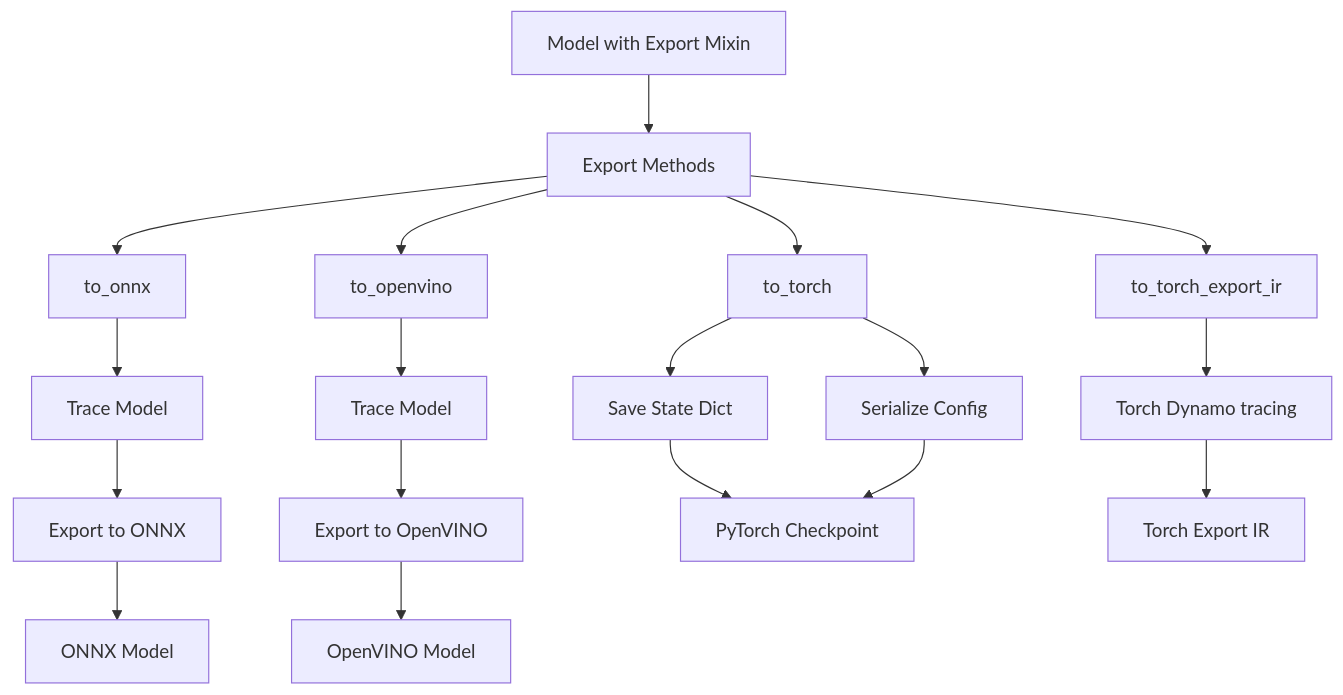
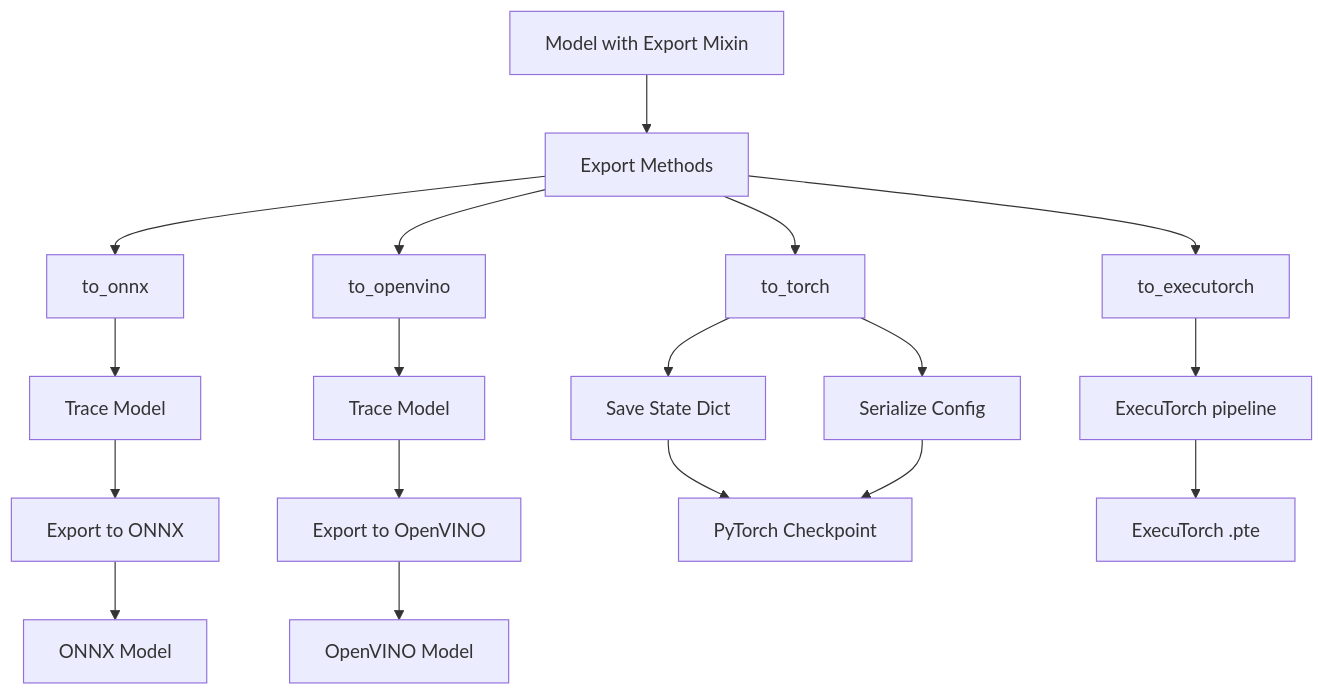
One commit to open-edge-platform/physical-ai-studio changed the diagram in library/docs/explanation/export/README.md. Above: the diagram before and after it, drawn with Mermaid. The commit also changed other lines of this file and 19 other files, not shown here.

First line of the commit message:
refactor: remove TORCH_EXPORT_IR export backend

````diff
--- a/library/docs/explanation/export/README.md
+++ b/library/docs/explanation/export/README.md
@@ -32,28 +32,27 @@
 ```mermaid
 graph TB
     A[Model with Export Mixin] --> B[Export Methods]
     B --> C[to_torch]
     B --> D[to_onnx]
     B --> P[to_openvino]
+    B --> Q[to_executorch]
 
     C --> E[Save State Dict]
     C --> F[Serialize Config]
 
     D --> G[Trace Model]
     G --> H[Export to ONNX]
 
     P --> S[Trace Model]
     S --> M[Export to OpenVINO]
 
     E --> I[PyTorch Checkpoint]
     F --> I
 
     H --> J[ONNX Model]
 
     M --> N[OpenVINO Model]
 
-    B --> Q[to_torch_export_ir]
-
-    Q --> Y[Torch Dynamo tracing]
-    Y --> Z[Torch Export IR]
+    Q --> Y[ExecuTorch pipeline]
+    Y --> Z[ExecuTorch .pte]
 ```
````
